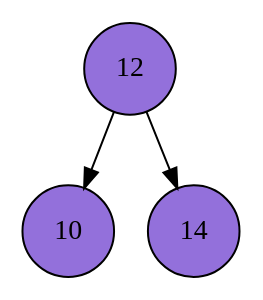
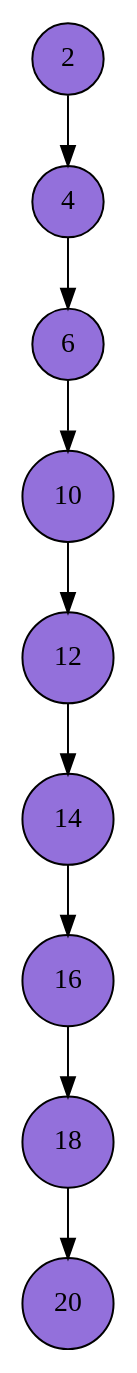
Before and after one commit to UesleiFerraz/programacao3-arvores-e-ordenacao: the diagram in aula3/arvoreBinGerado.dot, drawn with Graphviz. The commit also changed 4 other files, not shown here.

```diff
--- a/aula3/arvoreBinGerado.dot
+++ b/aula3/arvoreBinGerado.dot
@@ -1,6 +1,12 @@
 digraph ArvoreBinaria {
 node [shape=circle, style=filled, color=black, fillcolor="#9370DB"];
 edge [color=black];
-12 -> 10;
+2 -> 4;
+4 -> 6;
+6 -> 10;
+10 -> 12;
 12 -> 14;
+14 -> 16;
+16 -> 18;
+18 -> 20;
 }
```
